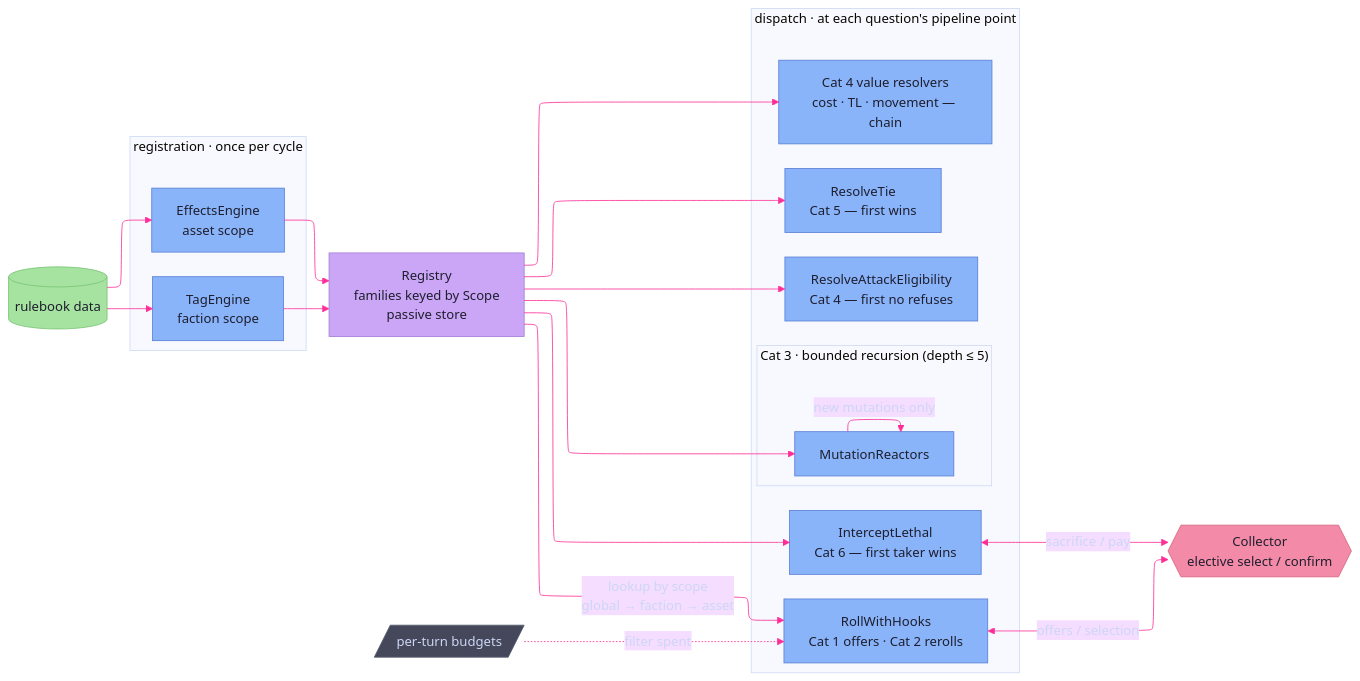
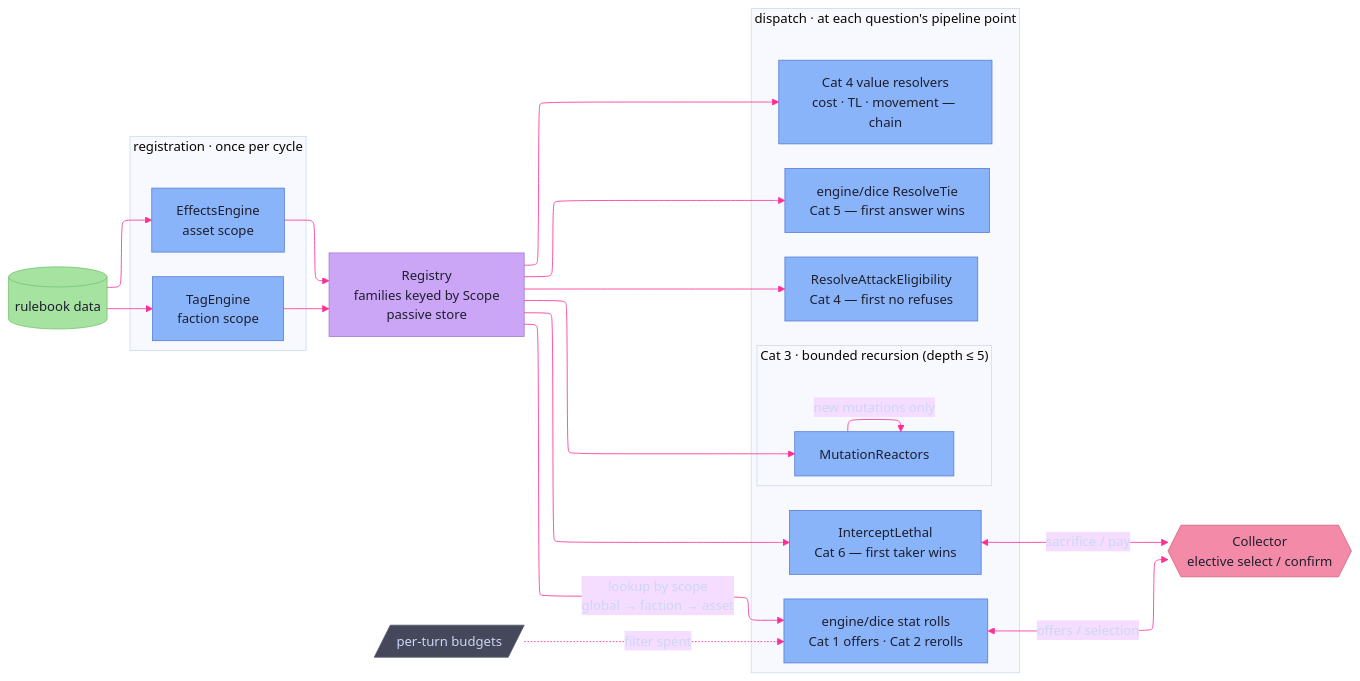
The diagram in docs/architecture/engine/hooks.md (therobertcrocker/gm-toolkit), drawn with Mermaid before and after one commit. The commit also changed other lines of this file and 9 other files, not shown here.

First line of the commit message:
docs: add dice architecture page and update roll references

````diff
--- a/docs/architecture/engine/hooks.md
+++ b/docs/architecture/engine/hooks.md
@@ -257,57 +252,57 @@
 ```mermaid
 ---
 config:
   layout: elk
   elk:
     nodePlacementStrategy: NETWORK_SIMPLEX
   theme: base
   themeVariables:
     background: '#1e1e2e'
     primaryTextColor: '#cdd6f4'
     lineColor: '#ff2e97'
 ---
 flowchart LR
   Rulebook[("rulebook data")]:::artifact
   subgraph Reg["registration · once per cycle"]
     direction TB
     TagEngine["TagEngine<br>faction scope"]:::process
     EffectsEngine["EffectsEngine<br>asset scope"]:::process
   end
   Registry["Registry<br>families keyed by Scope<br>passive store"]:::core
   subgraph Dispatch["dispatch · at each question's pipeline point"]
     direction TB
-    Roll["RollWithHooks<br>Cat 1 offers · Cat 2 rerolls"]:::process
-    Tie["ResolveTie<br>Cat 5 — first wins"]:::process
+    Roll["engine/dice stat rolls<br>Cat 1 offers · Cat 2 rerolls"]:::process
+    Tie["engine/dice ResolveTie<br>Cat 5 — first answer wins"]:::process
     Cat4["Cat 4 value resolvers<br>cost · TL · movement — chain"]:::process
     Elig["ResolveAttackEligibility<br>Cat 4 — first no refuses"]:::process
     Lethal["InterceptLethal<br>Cat 6 — first taker wins"]:::process
     subgraph Cat3["Cat 3 · bounded recursion (depth ≤ 5)"]
       React["MutationReactors"]:::process
       React -- "new mutations only" --> React
     end
   end
   Collector{{"Collector<br>elective select / confirm"}}:::seam
   Budgets[/"per-turn budgets"/]:::muted
 
   Rulebook --> TagEngine
   Rulebook --> EffectsEngine
   TagEngine --> Registry
   EffectsEngine --> Registry
 
   Registry -- "lookup by scope<br>global → faction → asset" --> Roll
   Registry --> Tie
   Registry --> Cat4
   Registry --> Elig
   Registry --> Lethal
   Registry --> React
 
   Budgets -. "filter spent" .-> Roll
   Roll <-->|"offers / selection"| Collector
   Lethal <-->|"sacrifice / pay"| Collector
 
   classDef artifact fill:#a6e3a1,stroke:#79c574,color:#1e1e2e
   classDef process  fill:#89b4fa,stroke:#5a7fd6,color:#1e1e2e
   classDef core     fill:#cba6f7,stroke:#a47fd6,color:#1e1e2e
   classDef seam     fill:#f38ba8,stroke:#d6607f,color:#1e1e2e
   classDef muted    fill:#45475a,stroke:#585b70,color:#cdd6f4
 ```
````
